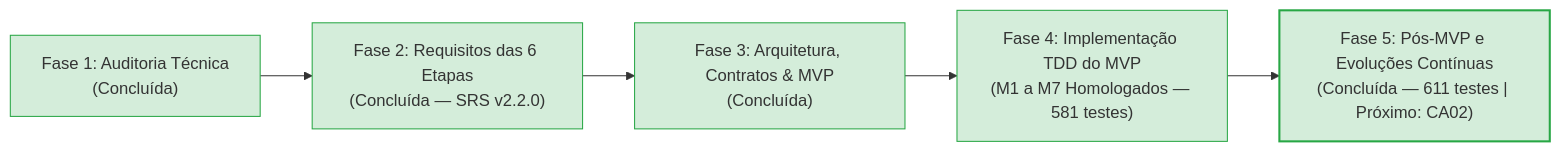
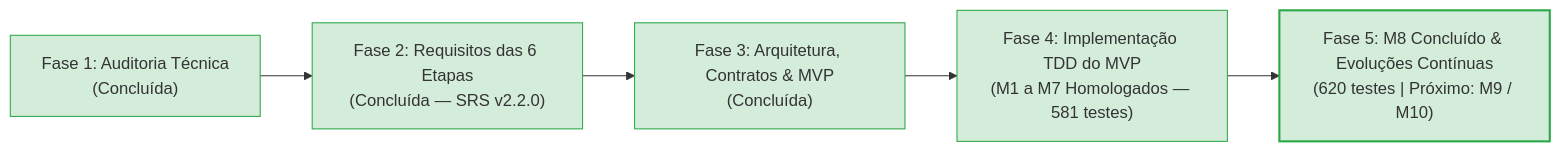
The diagram in docs/engenharia_software/ETAPA_ATUAL_ENGENHARIA.md (aleerangel/experimental-ml-framework), drawn with Mermaid before and after one commit. The commit also changed other lines of this file and 5 other files, not shown here.

````diff
--- a/docs/engenharia_software/ETAPA_ATUAL_ENGENHARIA.md
+++ b/docs/engenharia_software/ETAPA_ATUAL_ENGENHARIA.md
@@ -23,13 +23,13 @@
 ```mermaid
 flowchart LR
     Fase1["Fase 1: Auditoria Técnica<br/>(Concluída)"] --> Fase2["Fase 2: Requisitos das 6 Etapas<br/>(Concluída — SRS v2.2.0)"]
     Fase2 --> Fase3["Fase 3: Arquitetura, Contratos & MVP<br/>(Concluída)"]
     Fase3 --> Fase4["Fase 4: Implementação TDD do MVP<br/>(M1 a M7 Homologados — 581 testes)"]
-    Fase4 --> Fase5["Fase 5: Pós-MVP e Evoluções Contínuas<br/>(Concluída — 611 testes | Próximo: CA02)"]
+    Fase4 --> Fase5["Fase 5: M8 Concluído & Evoluções Contínuas<br/>(620 testes | Próximo: M9 / M10)"]
     
     style Fase1 fill:#d4edda,stroke:#28a745
     style Fase2 fill:#d4edda,stroke:#28a745
     style Fase3 fill:#d4edda,stroke:#28a745
     style Fase4 fill:#d4edda,stroke:#28a745
     style Fase5 fill:#d4edda,stroke:#28a745,stroke-width:2px
 ```
````
